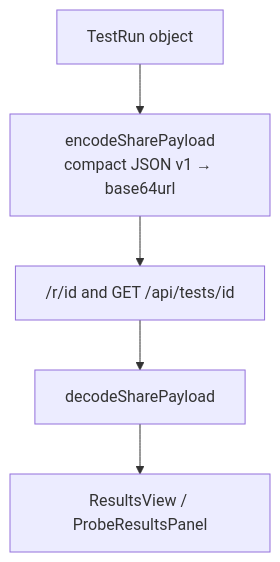
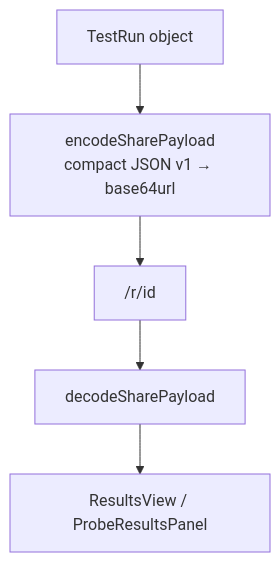
The third of 3 diagrams in docs/PROJECT_OVERVIEW.md (gargi0903/latencymap), drawn with Mermaid before and after one commit. The commit also changed other lines of this file and 10 other files, not shown here.

````diff
--- a/docs/PROJECT_OVERVIEW.md
+++ b/docs/PROJECT_OVERVIEW.md
@@ -163,10 +163,10 @@
 ```mermaid
 flowchart TD
   Run["TestRun object"]
   Enc["encodeSharePayload<br/>compact JSON v1 → base64url"]
-  Path["/r/id  and  GET /api/tests/id"]
+  Path["/r/id"]
   Dec["decodeSharePayload"]
   View["ResultsView / ProbeResultsPanel"]
 
   Run --> Enc --> Path --> Dec --> View
 ```
````
